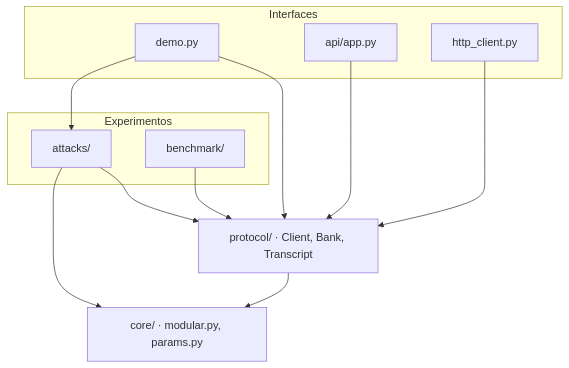
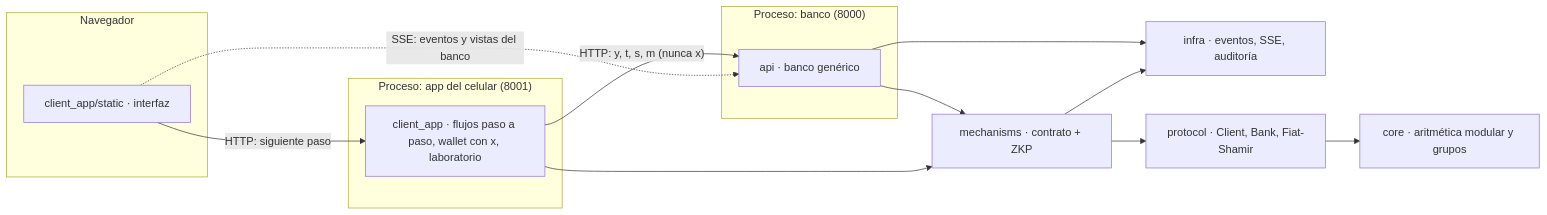
One commit to Djch18AtSchool/schnorr-lab changed the diagram in README.md. Above: the diagram before and after it, drawn with Mermaid. The commit also changed other lines of this file and 1 other file, not shown here.

````diff
--- a/README.md
+++ b/README.md
@@ -99,22 +96,25 @@
 ```mermaid
-flowchart TD
-    subgraph Interfaces
-        demo[demo.py]
-        api[api/app.py]
-        http[http_client.py]
+flowchart LR
+    subgraph Navegador
+        ui[client_app/static · interfaz]
     end
-    subgraph Experimentos
-        attacks[attacks/]
-        bench[benchmark/]
+    subgraph Celular["Proceso: app del celular (8001)"]
+        flows[client_app · flujos paso a paso, wallet con x, laboratorio]
     end
-    protocol["protocol/ · Client, Bank, Transcript"]
-    core["core/ · modular.py, params.py"]
-    demo --> protocol
-    api --> protocol
-    http --> protocol
-    demo --> attacks
-    attacks --> protocol
-    bench --> protocol
+    subgraph Banco["Proceso: banco (8000)"]
+        api[api · banco genérico]
+    end
+    mech[mechanisms · contrato + ZKP]
+    infra[infra · eventos, SSE, auditoría]
+    protocol[protocol · Client, Bank, Fiat-Shamir]
+    core[core · aritmética modular y grupos]
+    ui -- "HTTP: siguiente paso" --> flows
+    ui -. "SSE: eventos y vistas del banco" .-> api
+    flows -- "HTTP: y, t, s, m (nunca x)" --> api
+    flows --> mech
+    api --> mech
+    mech --> protocol
+    mech --> infra
+    api --> infra
     protocol --> core
-    attacks --> core
 ```
````
